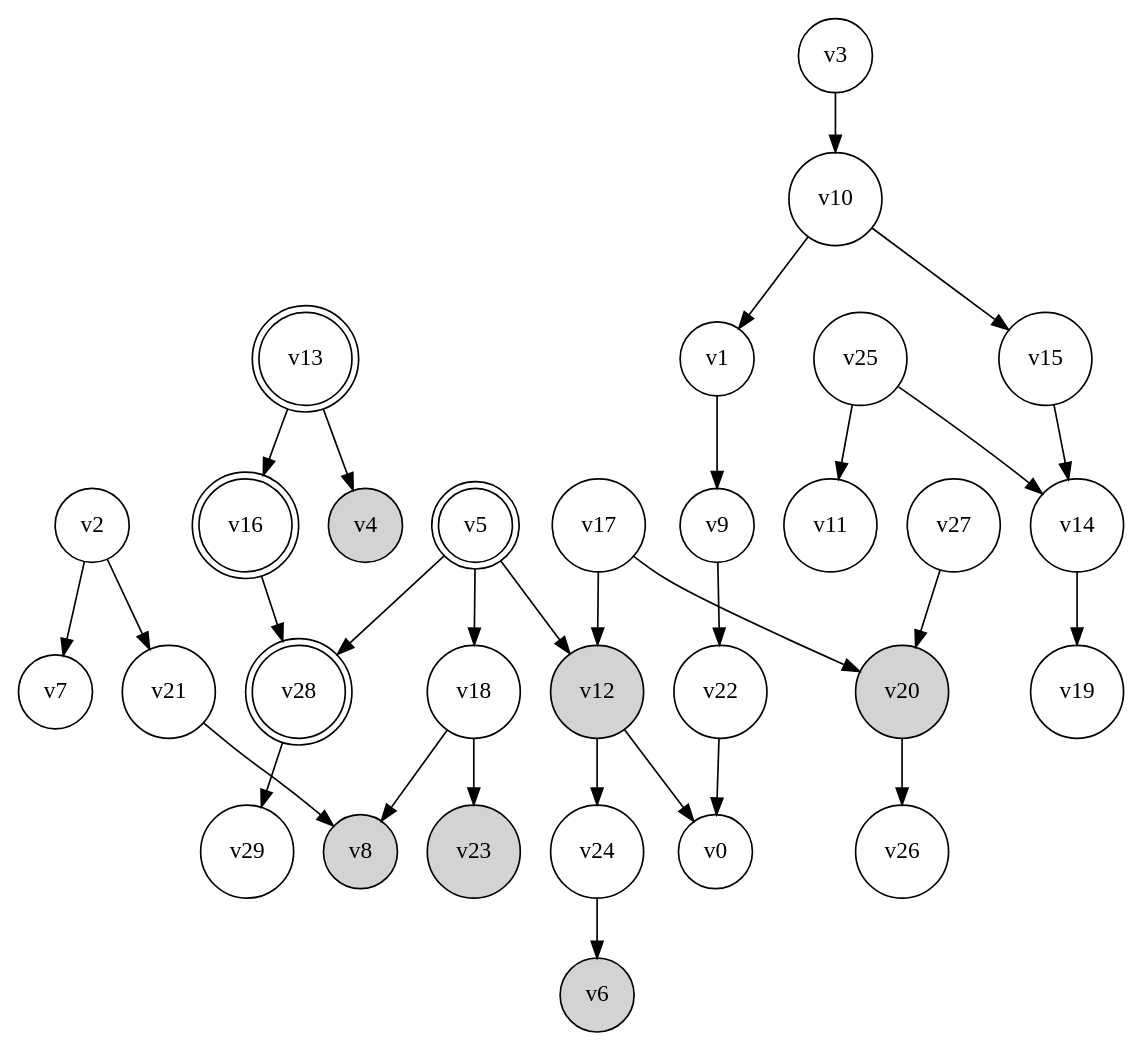
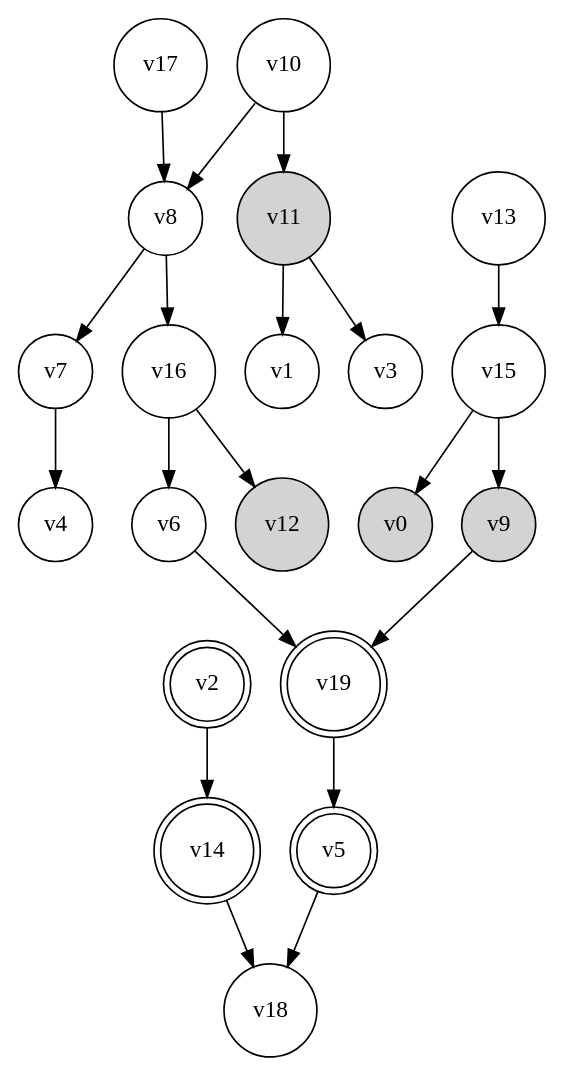
Before and after one commit to arthurhaiying/TestingBayesianNetwork: the diagram in polytree_query_2.gv, drawn with Graphviz. The commit also changed 116 other files, not shown here.

```diff
--- a/polytree_query_2.gv
+++ b/polytree_query_2.gv
@@ -1,62 +1,42 @@
 digraph {
 	rankdir=TD
-	v0 [shape=circle]
+	v0 [shape=circle style=filled]
 	v1 [shape=circle]
-	v2 [shape=circle]
+	v2 [shape=doublecircle]
 	v3 [shape=circle]
-	v4 [shape=circle style=filled]
+	v4 [shape=circle]
 	v5 [shape=doublecircle]
-	v6 [shape=circle style=filled]
+	v6 [shape=circle]
 	v7 [shape=circle]
-	v8 [shape=circle style=filled]
-	v9 [shape=circle]
+	v8 [shape=circle]
+	v9 [shape=circle style=filled]
 	v10 [shape=circle]
-	v11 [shape=circle]
+	v11 [shape=circle style=filled]
 	v12 [shape=circle style=filled]
-	v13 [shape=doublecircle]
-	v14 [shape=circle]
+	v13 [shape=circle]
+	v14 [shape=doublecircle]
 	v15 [shape=circle]
-	v16 [shape=doublecircle]
+	v16 [shape=circle]
 	v17 [shape=circle]
 	v18 [shape=circle]
-	v19 [shape=circle]
-	v20 [shape=circle style=filled]
-	v21 [shape=circle]
-	v22 [shape=circle]
-	v23 [shape=circle style=filled]
-	v24 [shape=circle]
-	v25 [shape=circle]
-	v26 [shape=circle]
-	v27 [shape=circle]
-	v28 [shape=doublecircle]
-	v29 [shape=circle]
-	v1 -> v9
-	v2 -> v21
-	v2 -> v7
-	v3 -> v10
-	v5 -> v28
+	v19 [shape=doublecircle]
+	v2 -> v14
 	v5 -> v18
-	v5 -> v12
-	v9 -> v22
-	v10 -> v1
-	v10 -> v15
-	v12 -> v24
-	v12 -> v0
-	v13 -> v4
-	v13 -> v16
-	v14 -> v19
-	v15 -> v14
-	v16 -> v28
-	v17 -> v12
-	v17 -> v20
-	v18 -> v8
-	v18 -> v23
-	v20 -> v26
-	v21 -> v8
-	v22 -> v0
-	v24 -> v6
-	v25 -> v14
-	v25 -> v11
-	v27 -> v20
-	v28 -> v29
+	v6 -> v19
+	v7 -> v4
+	v8 -> v7
+	v8 -> v16
+	v9 -> v19
+	v10 -> v8
+	v10 -> v11
+	v11 -> v1
+	v11 -> v3
+	v13 -> v15
+	v14 -> v18
+	v15 -> v0
+	v15 -> v9
+	v16 -> v12
+	v16 -> v6
+	v17 -> v8
+	v19 -> v5
 }
```
